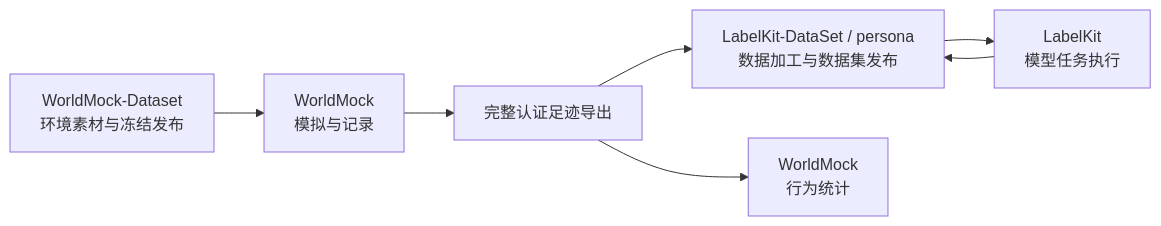
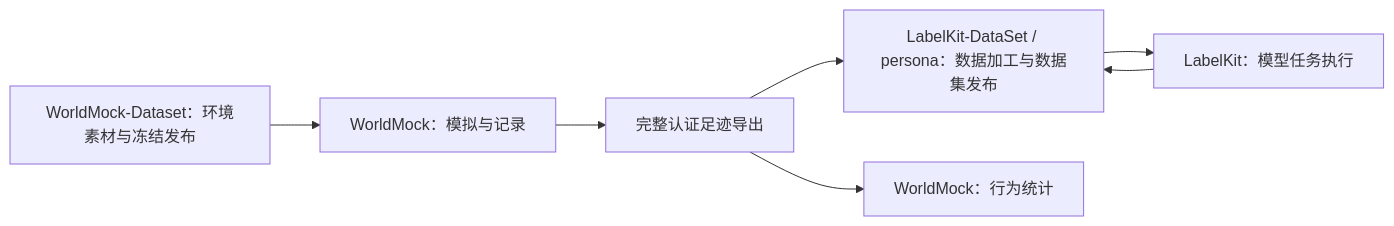
The diagram in README.md (HoldThatThgt/WorldMock), drawn with Mermaid before and after one commit. The commit also changed other lines of this file and 19 other files, not shown here.

````diff
--- a/README.md
+++ b/README.md
@@ -8,9 +7,9 @@
 ```mermaid
 flowchart LR
-    D[WorldMock-Dataset<br/>环境素材与冻结发布] --> W[WorldMock<br/>模拟与记录]
-    W --> E[完整认证足迹导出]
-    E --> P[LabelKit-DataSet / persona<br/>数据加工与数据集发布]
-    P --> L[LabelKit<br/>模型任务执行]
+    D["WorldMock-Dataset：环境素材与冻结发布"] --> W["WorldMock：模拟与记录"]
+    W --> E["完整认证足迹导出"]
+    E --> P["LabelKit-DataSet / persona：数据加工与数据集发布"]
+    P --> L["LabelKit：模型任务执行"]
     L --> P
-    E --> V[WorldMock<br/>行为统计]
+    E --> V["WorldMock：行为统计"]
 ```
````
